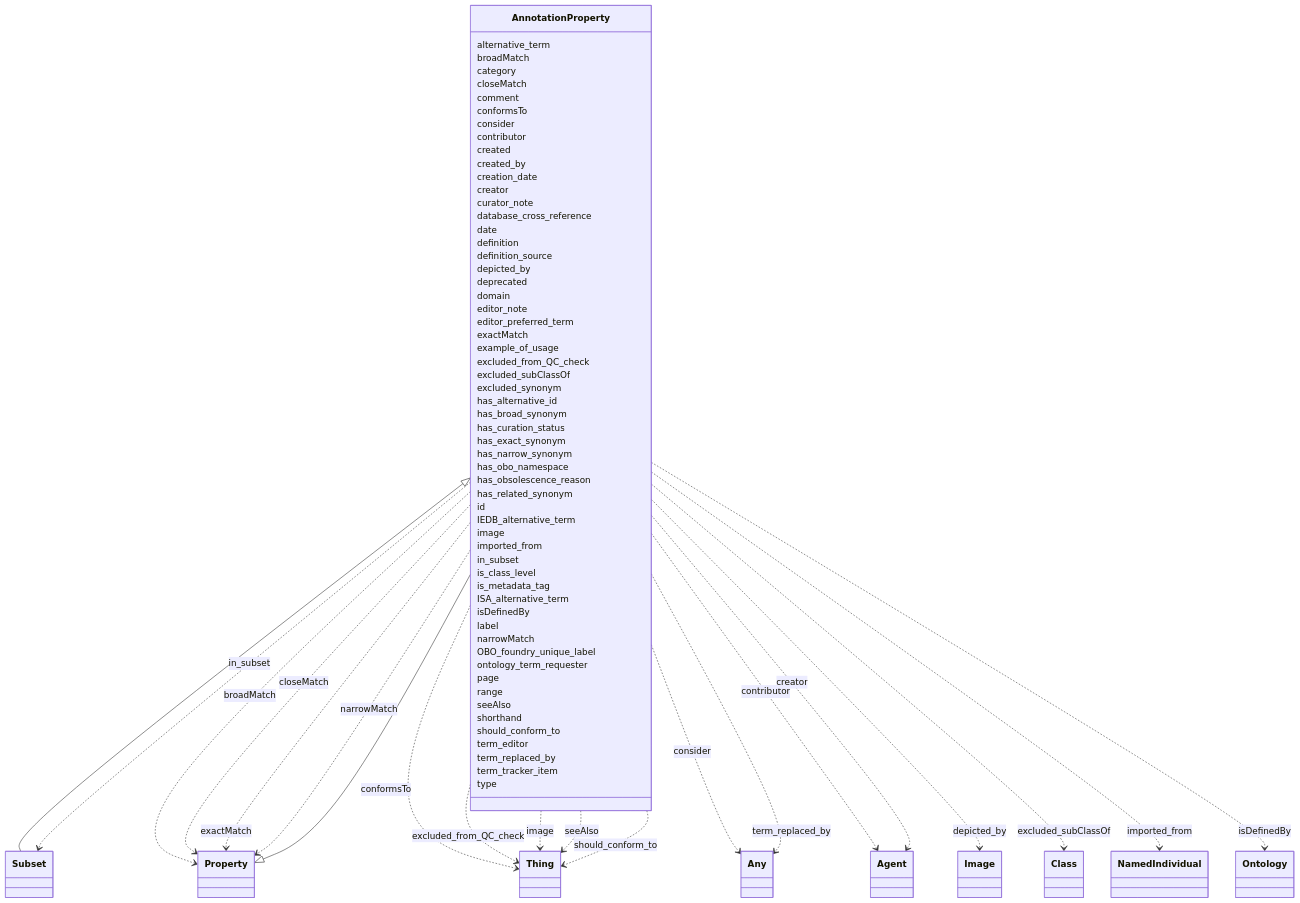
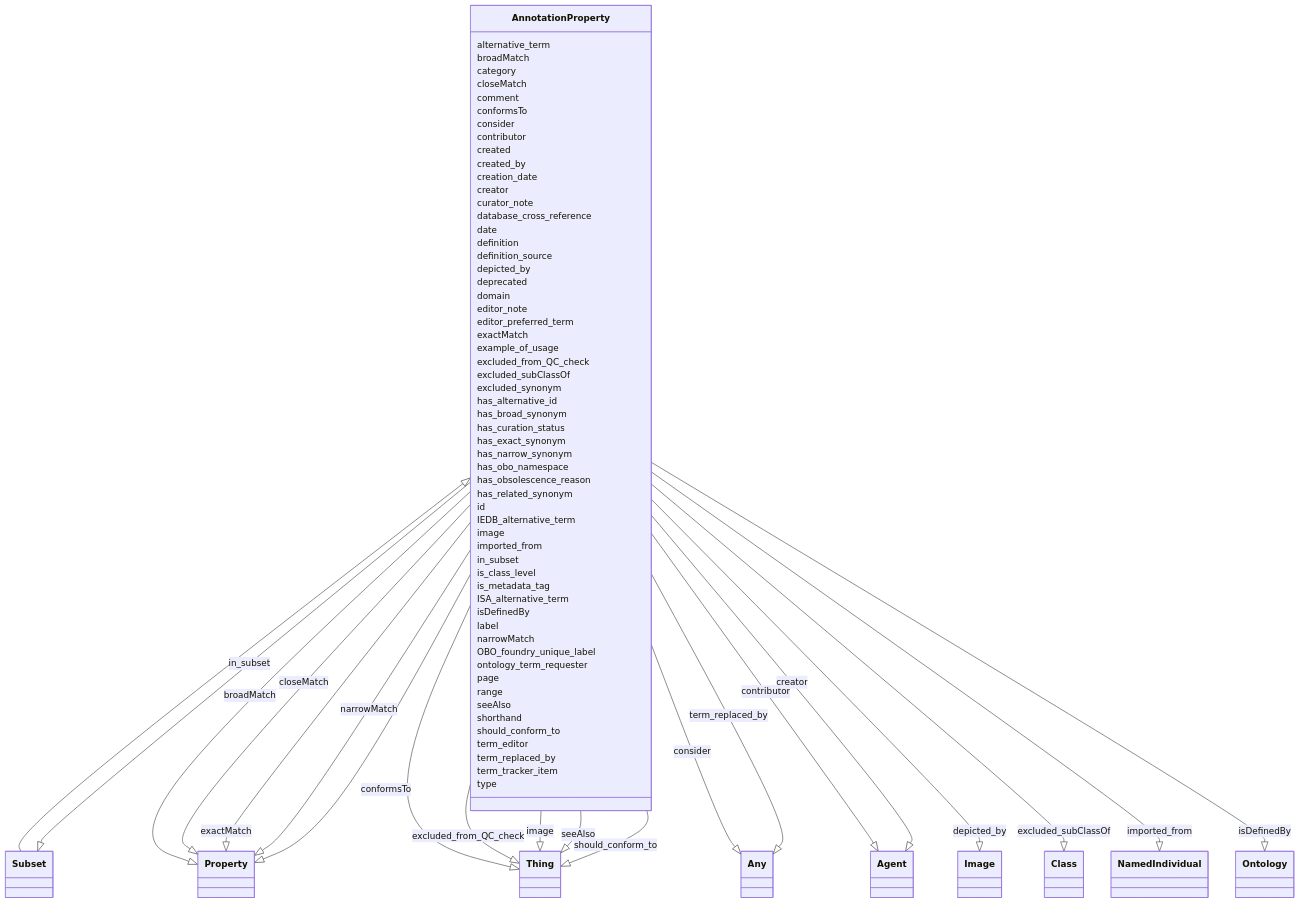
One commit to INCATools/ontology-access-kit changed the diagram in ontology-metadata/AnnotationProperty.md. Above: the diagram before and after it, drawn with Mermaid. The commit also changed other lines of this file and 3011 other files, not shown here.

```diff
--- a/ontology-metadata/AnnotationProperty.md
+++ b/ontology-metadata/AnnotationProperty.md
@@ -21,27 +24,27 @@
         
       AnnotationProperty : broadMatch
         
-          AnnotationProperty ..> Property : broadMatch
+          AnnotationProperty --|> Property : broadMatch
         
       AnnotationProperty : category
         
       AnnotationProperty : closeMatch
         
-          AnnotationProperty ..> Property : closeMatch
+          AnnotationProperty --|> Property : closeMatch
         
       AnnotationProperty : comment
         
       AnnotationProperty : conformsTo
         
-          AnnotationProperty ..> Thing : conformsTo
+          AnnotationProperty --|> Thing : conformsTo
         
       AnnotationProperty : consider
         
-          AnnotationProperty ..> Any : consider
+          AnnotationProperty --|> Any : consider
         
       AnnotationProperty : contributor
         
-          AnnotationProperty ..> Agent : contributor
+          AnnotationProperty --|> Agent : contributor
         
       AnnotationProperty : created
         
@@ -51,7 +54,7 @@
         
       AnnotationProperty : creator
         
-          AnnotationProperty ..> Agent : creator
+          AnnotationProperty --|> Agent : creator
         
       AnnotationProperty : curator_note
         
@@ -65,7 +68,7 @@
         
       AnnotationProperty : depicted_by
         
-          AnnotationProperty ..> Image : depicted_by
+          AnnotationProperty --|> Image : depicted_by
         
       AnnotationProperty : deprecated
         
@@ -77,17 +80,17 @@
         
       AnnotationProperty : exactMatch
         
-          AnnotationProperty ..> Property : exactMatch
+          AnnotationProperty --|> Property : exactMatch
         
       AnnotationProperty : example_of_usage
         
       AnnotationProperty : excluded_from_QC_check
         
-          AnnotationProperty ..> Thing : excluded_from_QC_check
+          AnnotationProperty --|> Thing : excluded_from_QC_check
         
       AnnotationProperty : excluded_subClassOf
         
-          AnnotationProperty ..> Class : excluded_subClassOf
+          AnnotationProperty --|> Class : excluded_subClassOf
         
       AnnotationProperty : excluded_synonym
         
@@ -113,15 +116,15 @@
         
       AnnotationProperty : image
         
-          AnnotationProperty ..> Thing : image
+          AnnotationProperty --|> Thing : image
         
       AnnotationProperty : imported_from
         
-          AnnotationProperty ..> NamedIndividual : imported_from
+          AnnotationProperty --|> NamedIndividual : imported_from
         
       AnnotationProperty : in_subset
         
-          AnnotationProperty ..> Subset : in_subset
+          AnnotationProperty --|> Subset : in_subset
         
       AnnotationProperty : is_class_level
         
@@ -131,13 +134,13 @@
         
       AnnotationProperty : isDefinedBy
         
-          AnnotationProperty ..> Ontology : isDefinedBy
+          AnnotationProperty --|> Ontology : isDefinedBy
         
       AnnotationProperty : label
         
       AnnotationProperty : narrowMatch
         
-          AnnotationProperty ..> Property : narrowMatch
+          AnnotationProperty --|> Property : narrowMatch
         
       AnnotationProperty : OBO_foundry_unique_label
         
@@ -149,19 +152,19 @@
         
       AnnotationProperty : seeAlso
         
-          AnnotationProperty ..> Thing : seeAlso
+          AnnotationProperty --|> Thing : seeAlso
         
       AnnotationProperty : shorthand
         
       AnnotationProperty : should_conform_to
         
-          AnnotationProperty ..> Thing : should_conform_to
+          AnnotationProperty --|> Thing : should_conform_to
         
       AnnotationProperty : term_editor
         
       AnnotationProperty : term_replaced_by
         
-          AnnotationProperty ..> Any : term_replaced_by
+          AnnotationProperty --|> Any : term_replaced_by
         
       AnnotationProperty : term_tracker_item
         
```
